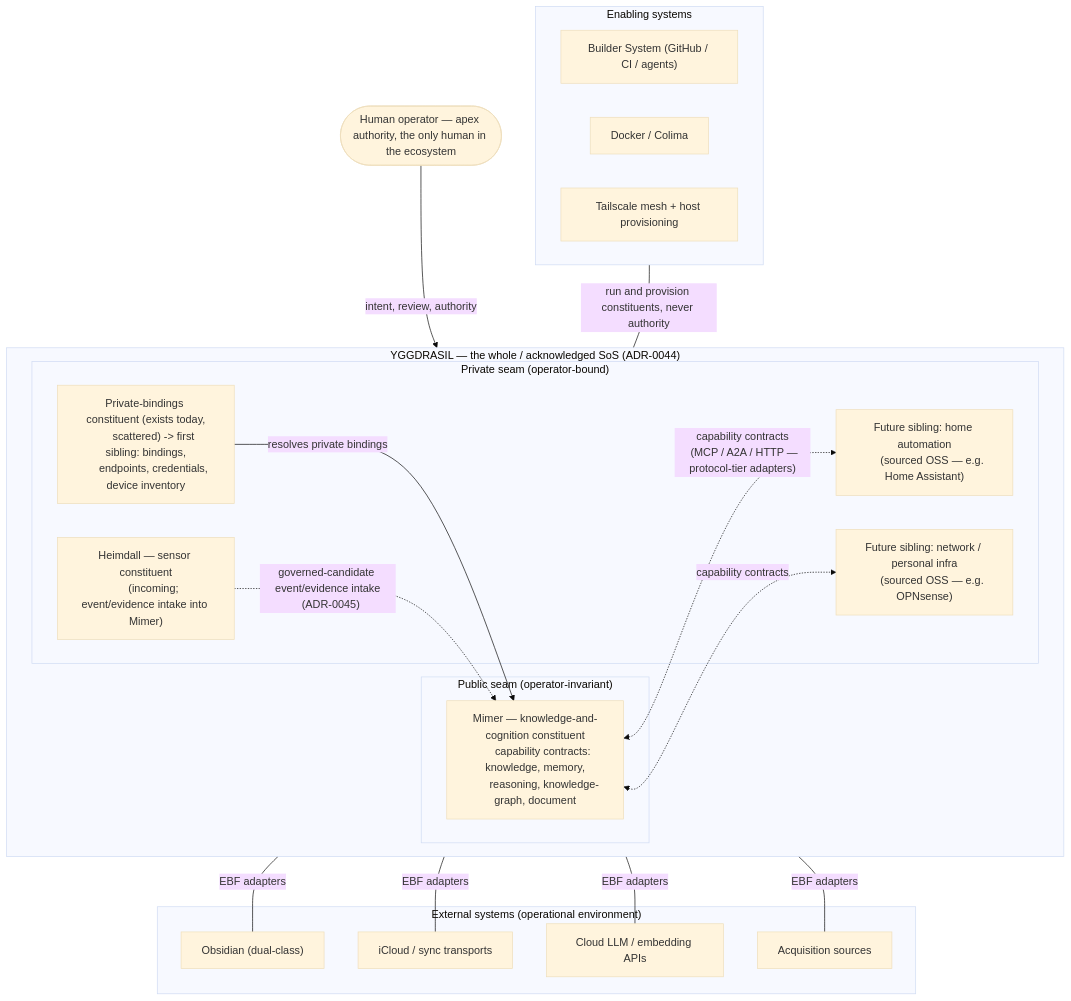
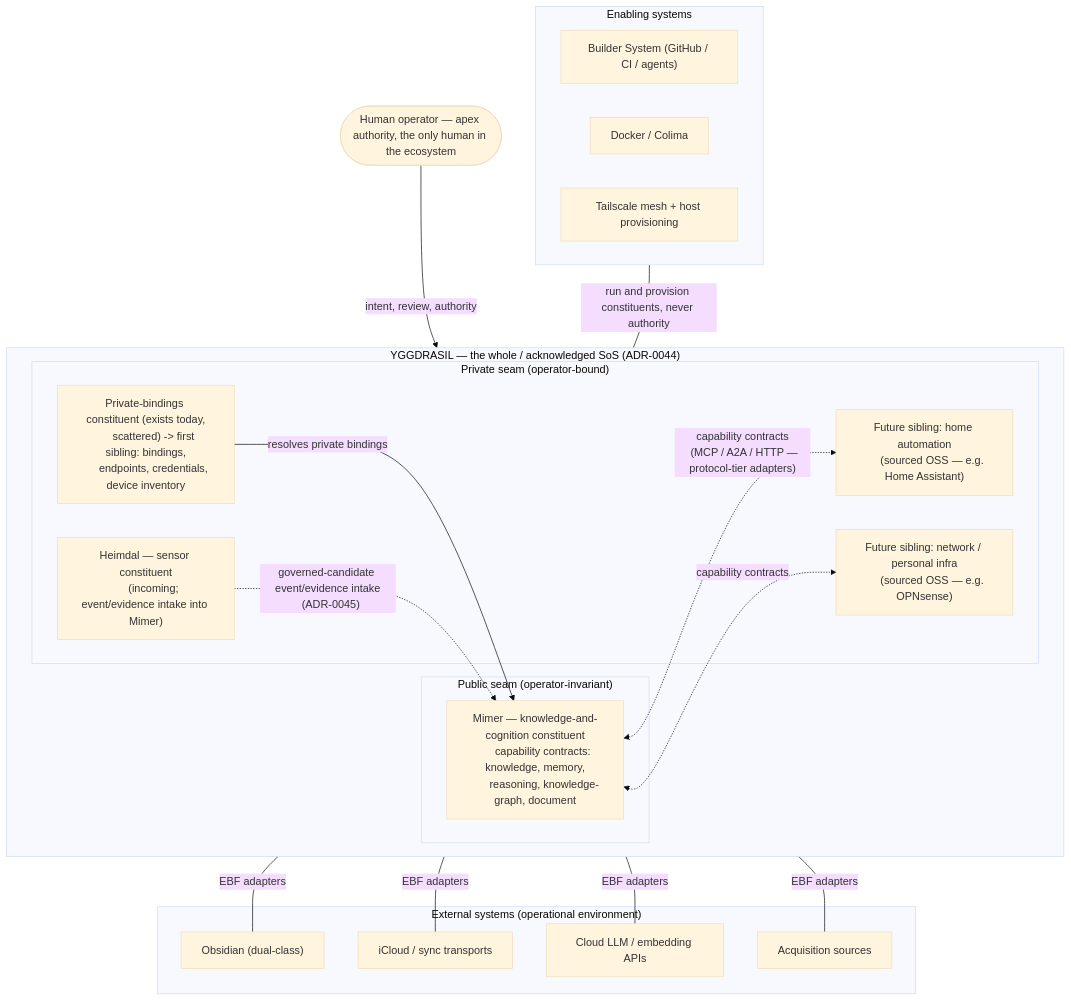
One commit to RasmusTho/agentic-pkm-mvp changed the diagram in docs/architecture/ecosystem-federation.md. Above: the diagram before and after it, drawn with Mermaid (base theme). The commit also changed other lines of this file and 21 other files, not shown here.

First line of the commit message:
docs: rename Heimdall→Heimdal + Bifröst→Bifrost across docs corpus (enacts ADR-0050)

````diff
--- a/docs/architecture/ecosystem-federation.md
+++ b/docs/architecture/ecosystem-federation.md
@@ -143,50 +143,50 @@
 ```mermaid
 flowchart TB
   H(["Human operator — apex authority, the only human in the ecosystem"])
 
   subgraph ECO["YGGDRASIL — the whole / acknowledged SoS (ADR-0044)"]
     direction LR
     subgraph PUB["Public seam (operator-invariant)"]
       M["Mimer — knowledge-and-cognition constituent
       capability contracts: knowledge, memory,
       reasoning, knowledge-graph, document"]
     end
     subgraph PRIV["Private seam (operator-bound)"]
-      HD["Heimdall — sensor constituent
+      HD["Heimdal — sensor constituent
       (incoming; event/evidence intake into Mimer)"]
       B["Private-bindings constituent (exists today,
       scattered) -> first sibling: bindings,
       endpoints, credentials, device inventory"]
       S1["Future sibling: home automation
       (sourced OSS — e.g. Home Assistant)"]
       S2["Future sibling: network / personal infra
       (sourced OSS — e.g. OPNsense)"]
     end
   end
 
   subgraph EXT["External systems (operational environment)"]
     O["Obsidian (dual-class)"]
     IC["iCloud / sync transports"]
     LLM["Cloud LLM / embedding APIs"]
     AQ["Acquisition sources"]
   end
 
   subgraph EN["Enabling systems"]
     BS["Builder System (GitHub / CI / agents)"]
     DC["Docker / Colima"]
     TS["Tailscale mesh + host provisioning"]
   end
 
   H -->|intent, review, authority| M
   B -->|resolves private bindings| M
   HD -.->|"governed-candidate event/evidence intake
   (ADR-0045)"| M
   M <-.->|"capability contracts
   (MCP / A2A / HTTP — protocol-tier adapters)"| S1
   M <-.->|capability contracts| S2
   M ---|EBF adapters| O
   M ---|EBF adapters| IC
   M ---|EBF adapters| LLM
   M ---|EBF adapters| AQ
   EN ---|run and provision constituents, never authority| ECO
 ```
````
